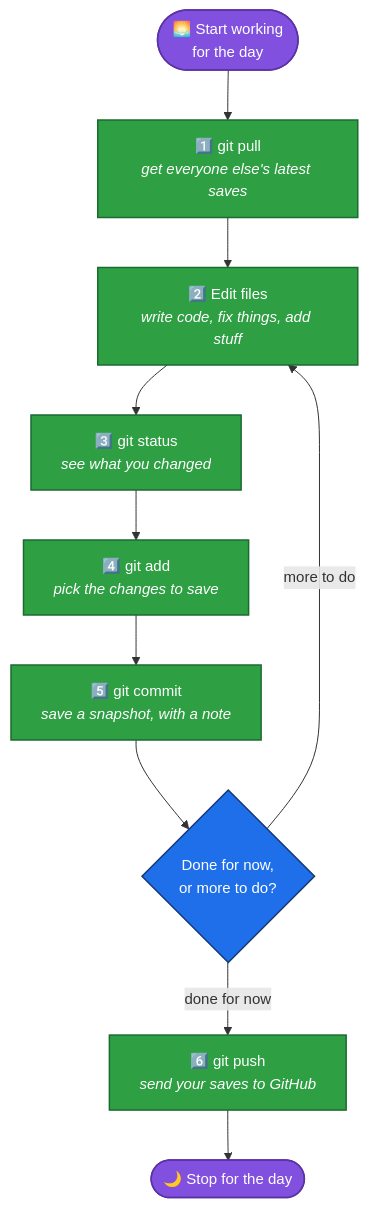
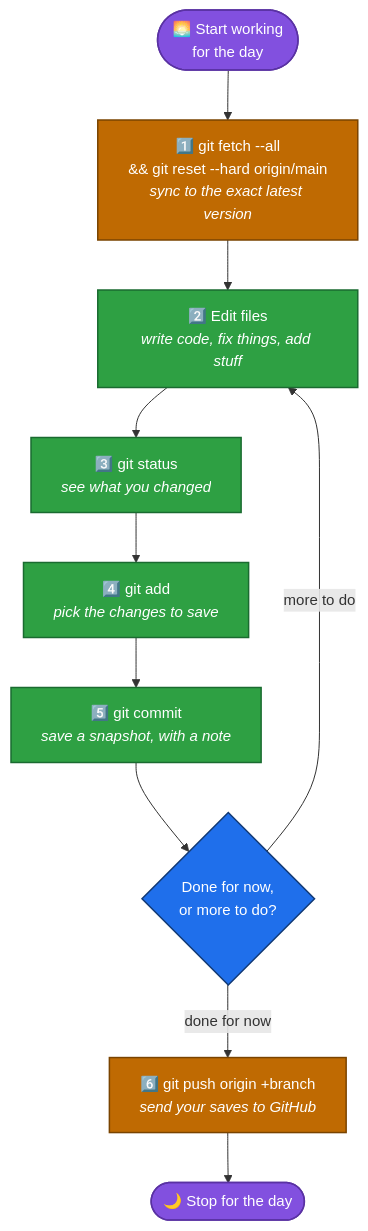
One commit to bhuvi-garg/Med-Verify changed the first of 2 diagrams in Knowledge/03-everyday-workflow.md. Above: the diagram before and after it, drawn with Mermaid. The commit also changed other lines of this file and 7 other files, not shown here.

````diff
--- a/Knowledge/03-everyday-workflow.md
+++ b/Knowledge/03-everyday-workflow.md
@@ -7,25 +9,27 @@
 ```mermaid
 %%{init: {"flowchart": {"curve": "basis"}, "themeVariables": {"fontSize": "15px"}} }%%
 flowchart TB
-    START(["🌅 Start working<br/>for the day"]) --> PULL
+    START(["🌅 Start working<br/>for the day"]) --> SYNC
 
-    PULL["1️⃣ git pull<br/><i>get everyone else's latest saves</i>"] --> EDIT
+    SYNC["1️⃣ git fetch --all<br/>&& git reset --hard origin/main<br/><i>sync to the exact latest version</i>"] --> EDIT
     EDIT["2️⃣ Edit files<br/><i>write code, fix things, add stuff</i>"] --> STATUS
     STATUS["3️⃣ git status<br/><i>see what you changed</i>"] --> ADD
     ADD["4️⃣ git add<br/><i>pick the changes to save</i>"] --> COMMIT
     COMMIT["5️⃣ git commit<br/><i>save a snapshot, with a note</i>"] --> MORE
 
     MORE{"Done for now,<br/>or more to do?"}
     MORE -- "more to do" --> EDIT
     MORE -- "done for now" --> PUSH
 
-    PUSH["6️⃣ git push<br/><i>send your saves to GitHub</i>"] --> DONE(["🌙 Stop for the day"])
+    PUSH["6️⃣ git push origin +branch<br/><i>send your saves to GitHub</i>"] --> DONE(["🌙 Stop for the day"])
 
     classDef step fill:#2ea043,stroke:#1a6b30,color:#ffffff,stroke-width:1.5px;
     classDef endpoint fill:#8250df,stroke:#5a32a3,color:#ffffff,stroke-width:1.5px;
     classDef decision fill:#1f6feb,stroke:#123a75,color:#ffffff,stroke-width:1.5px;
+    classDef warn fill:#bf6a02,stroke:#7a4400,color:#ffffff,stroke-width:1.5px;
 
-    class PULL,EDIT,STATUS,ADD,COMMIT,PUSH step;
+    class EDIT,STATUS,ADD,COMMIT step;
     class START,DONE endpoint;
     class MORE decision;
+    class SYNC,PUSH warn;
 ```
````
